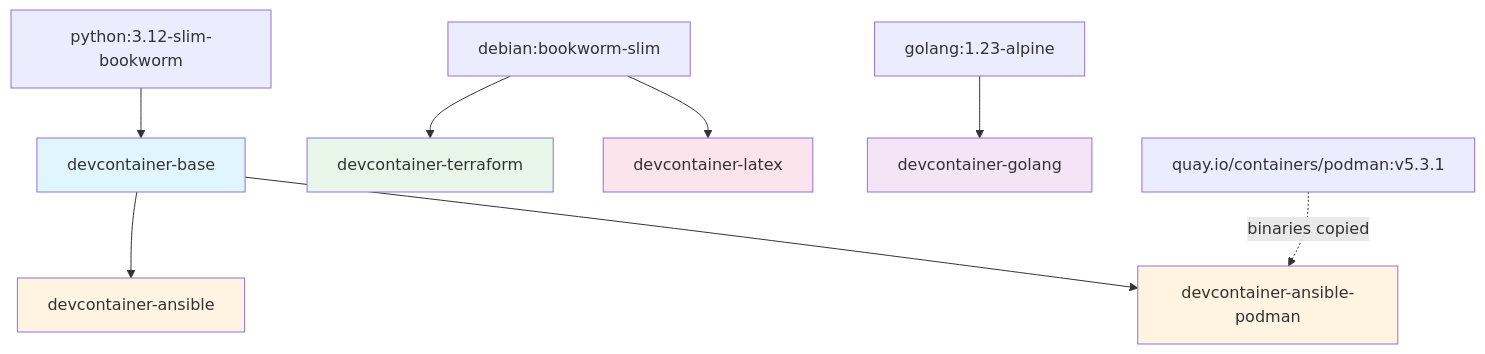
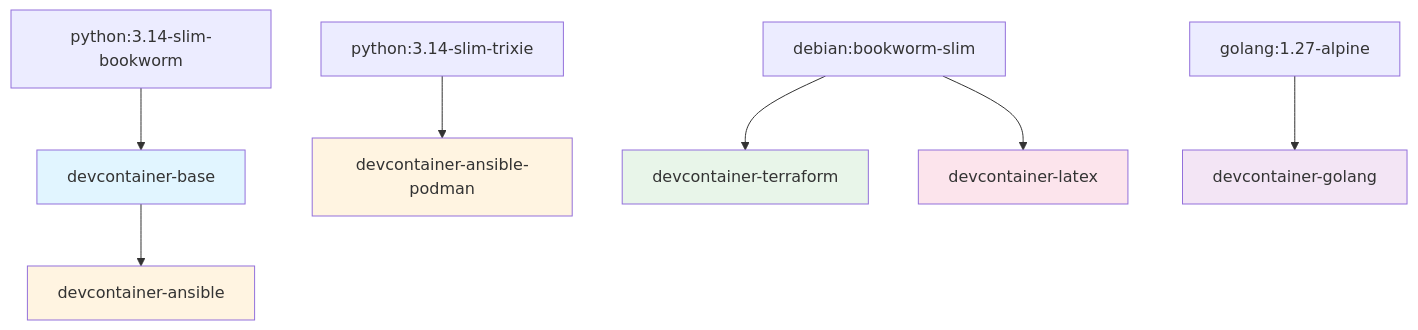
One commit to malpanez/ansible-devcontainer-vscode changed the first of 11 diagrams in docs/ARCHITECTURE.md. Above: the diagram before and after it, drawn with Mermaid. The commit also changed other lines of this file and 6 other files, not shown here.

First line of the commit message:
docs: correct the architecture drift and remove dangling references

````diff
--- a/docs/ARCHITECTURE.md
+++ b/docs/ARCHITECTURE.md
@@ -7,20 +7,19 @@
 ```mermaid
 graph TD
-    A[python:3.12-slim-bookworm] --> B[devcontainer-base]
+    A[python:3.14-slim-bookworm] --> B[devcontainer-base]
     B --> C[devcontainer-ansible]
-    B --> D[devcontainer-ansible-podman]
+
+    K[python:3.14-slim-trixie] --> D[devcontainer-ansible-podman]
 
     E[debian:bookworm-slim] --> F[devcontainer-terraform]
     E --> G[devcontainer-latex]
 
-    H[golang:1.23-alpine] --> I[devcontainer-golang]
-
-    J[quay.io/containers/podman:v5.3.1] -.->|binaries copied| D
+    H[golang:1.27-alpine] --> I[devcontainer-golang]
 
     style B fill:#e1f5ff
     style C fill:#fff4e1
     style D fill:#fff4e1
     style F fill:#e8f5e9
     style G fill:#fce4ec
     style I fill:#f3e5f5
 ```
````
